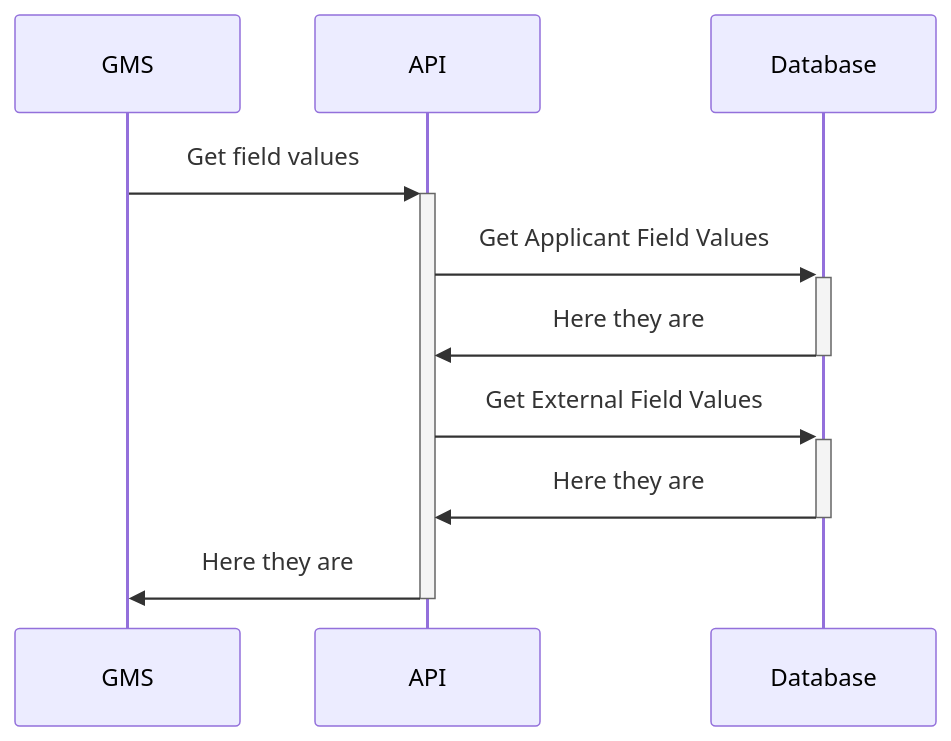
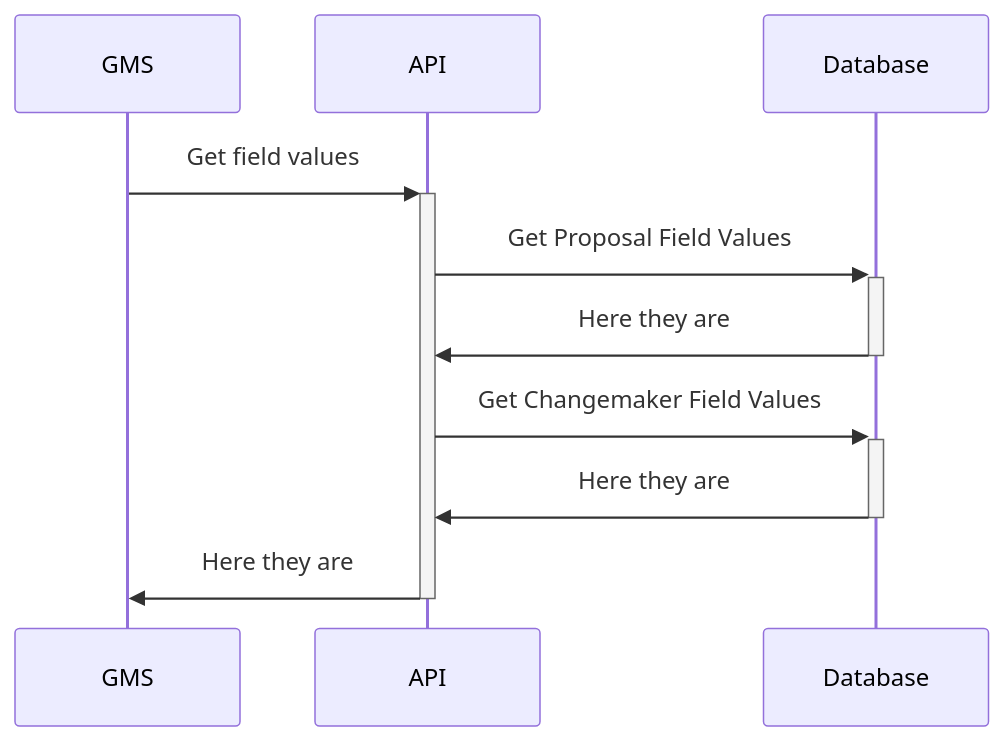
The third of 4 diagrams in docs/ENTITY_RELATIONSHIP_DIAGRAM.md (PhilanthropyDataCommons/service), drawn with Mermaid before and after one commit. The commit also changed other lines of this file and 1 other file, not shown here.

First line of the commit message:
Update ERD to reflect current entities

````diff
--- a/docs/ENTITY_RELATIONSHIP_DIAGRAM.md
+++ b/docs/ENTITY_RELATIONSHIP_DIAGRAM.md
@@ -212,12 +269,12 @@
 ```mermaid
 sequenceDiagram
   participant GMS
   participant API
   participant Database
   GMS ->>+ API : Get field values
-  API ->>+ Database : Get Applicant Field Values
+  API ->>+ Database : Get Proposal Field Values
   Database ->>- API : Here they are
-  API ->>+ Database : Get External Field Values
+  API ->>+ Database : Get Changemaker Field Values
   Database ->>- API : Here they are
   API ->>- GMS :  Here they are
 ```
````
